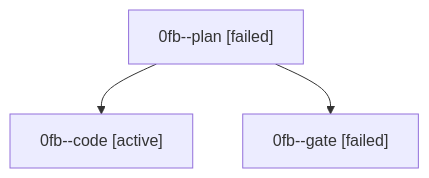
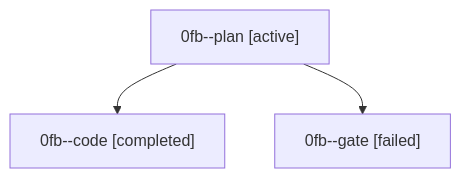
The diagram in families/bbugyi200.athena.0fb.md (sase-org/sase--agents), drawn with Mermaid before and after one commit. The commit also changed other lines of this file and 35830 other files, not shown here.

````diff
--- a/families/bbugyi200.athena.0fb.md
+++ b/families/bbugyi200.athena.0fb.md
@@ -9,8 +9,8 @@
 ```mermaid
 flowchart TD
-  n0["0fb--plan [failed]"]
-  n1["0fb--code [active]"]
+  n0["0fb--plan [active]"]
+  n1["0fb--code [completed]"]
   n0 --> n1
   n2["0fb--gate [failed]"]
   n0 --> n2
 ```
````
